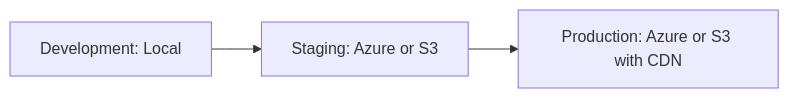
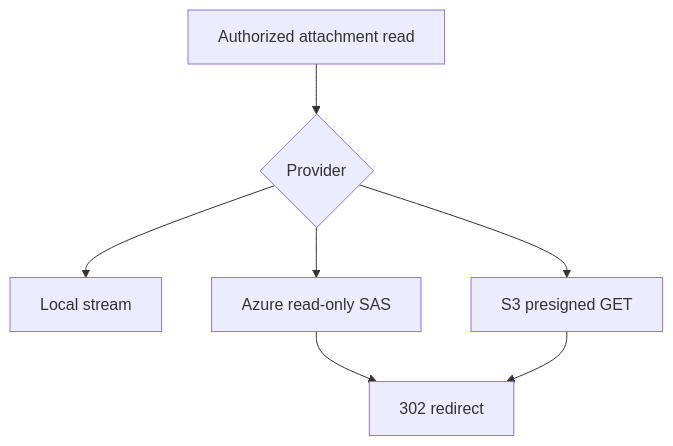
Before and after one commit to mhasabalah/StarterKit: the diagram in wiki/Attachment/Storage-Providers.md, drawn with Mermaid. The commit also changed other lines of this file and 10 other files, not shown here.

````diff
--- a/wiki/Attachment/Storage-Providers.md
+++ b/wiki/Attachment/Storage-Providers.md
@@ -255,5 +19,9 @@
 ```mermaid
-flowchart LR
-  D[Development: Local] --> S[Staging: Azure or S3]
-  S --> P[Production: Azure or S3 with CDN]
+flowchart TB
+  A[Authorized attachment read] --> P{Provider}
+  P --> L[Local stream]
+  P --> Z[Azure read-only SAS]
+  P --> S[S3 presigned GET]
+  Z --> R[302 redirect]
+  S --> R
 ```
````
